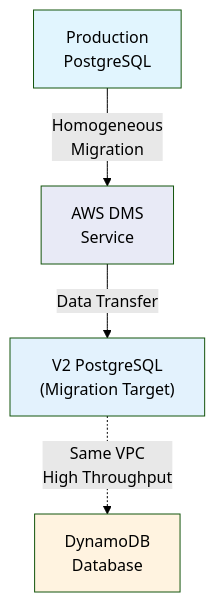
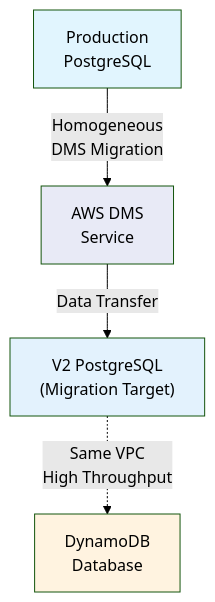
The second of 6 diagrams in monymony/README.md (ghojeong/resume), drawn with Mermaid (forest theme) before and after one commit. The commit also changed other lines of this file, not shown here.

Commit message:
fix: homogeneous 와 heterogenous 마이그레이션을 분리

````diff
--- a/monymony/README.md
+++ b/monymony/README.md
@@ -56,16 +55,16 @@
 ```mermaid
 graph TD
     PSQL_PROD["Production<br/>PostgreSQL"]
     DMS["AWS DMS<br/>Service"]
     PSQL_V2["V2 PostgreSQL<br/>(Migration Target)"]
     DDB["DynamoDB<br/>Database"]
     
-    PSQL_PROD -->|"Homogeneous<br/>Migration"| DMS
+    PSQL_PROD -->|"Homogeneous<br/>DMS Migration"| DMS
     DMS -->|"Data Transfer"| PSQL_V2
     PSQL_V2 -.->|"Same VPC<br/>High Throughput"| DDB
     
     style PSQL_PROD fill:#e1f5fe
     style PSQL_V2 fill:#e3f2fd
     style DMS fill:#e8eaf6
     style DDB fill:#fff3e0
 ```
````
